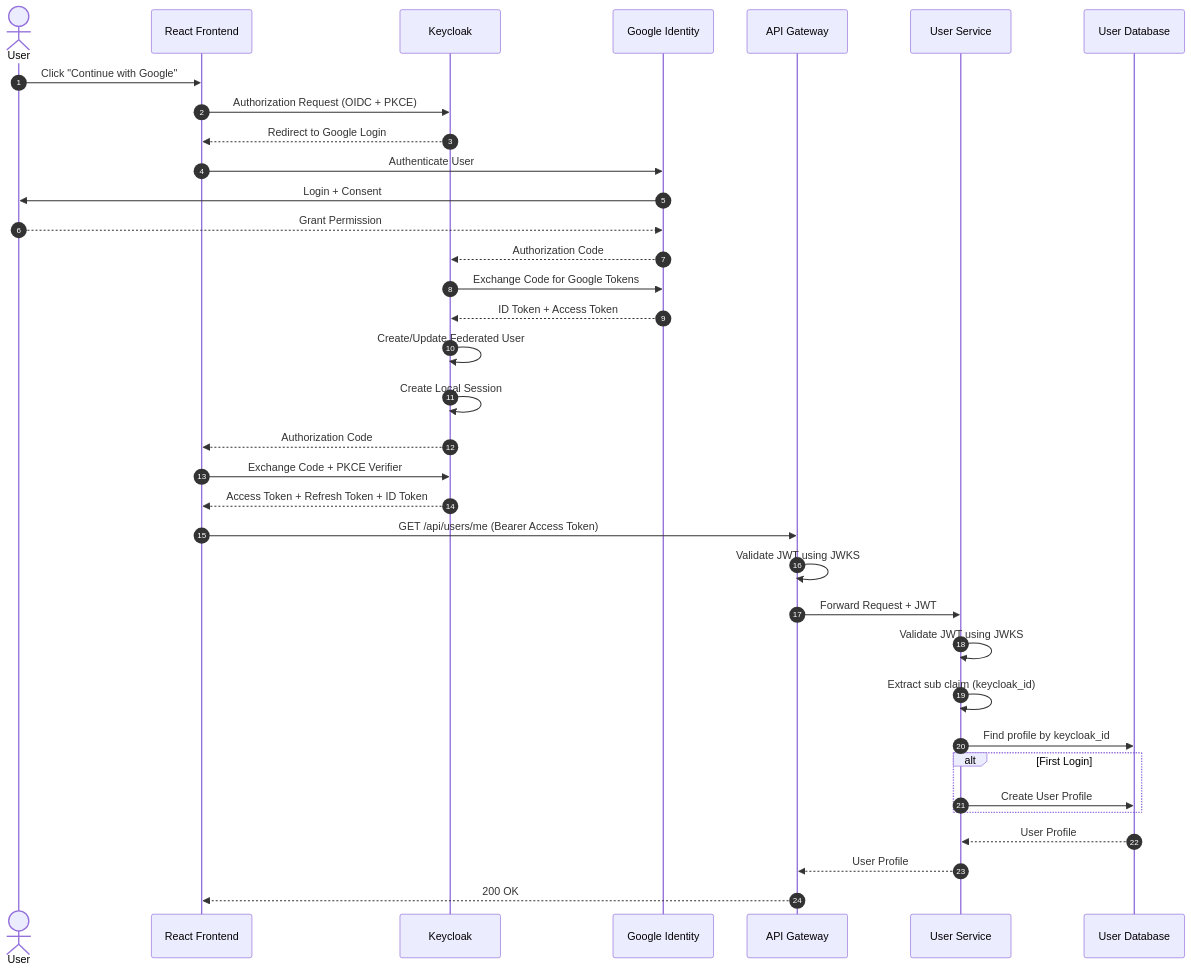
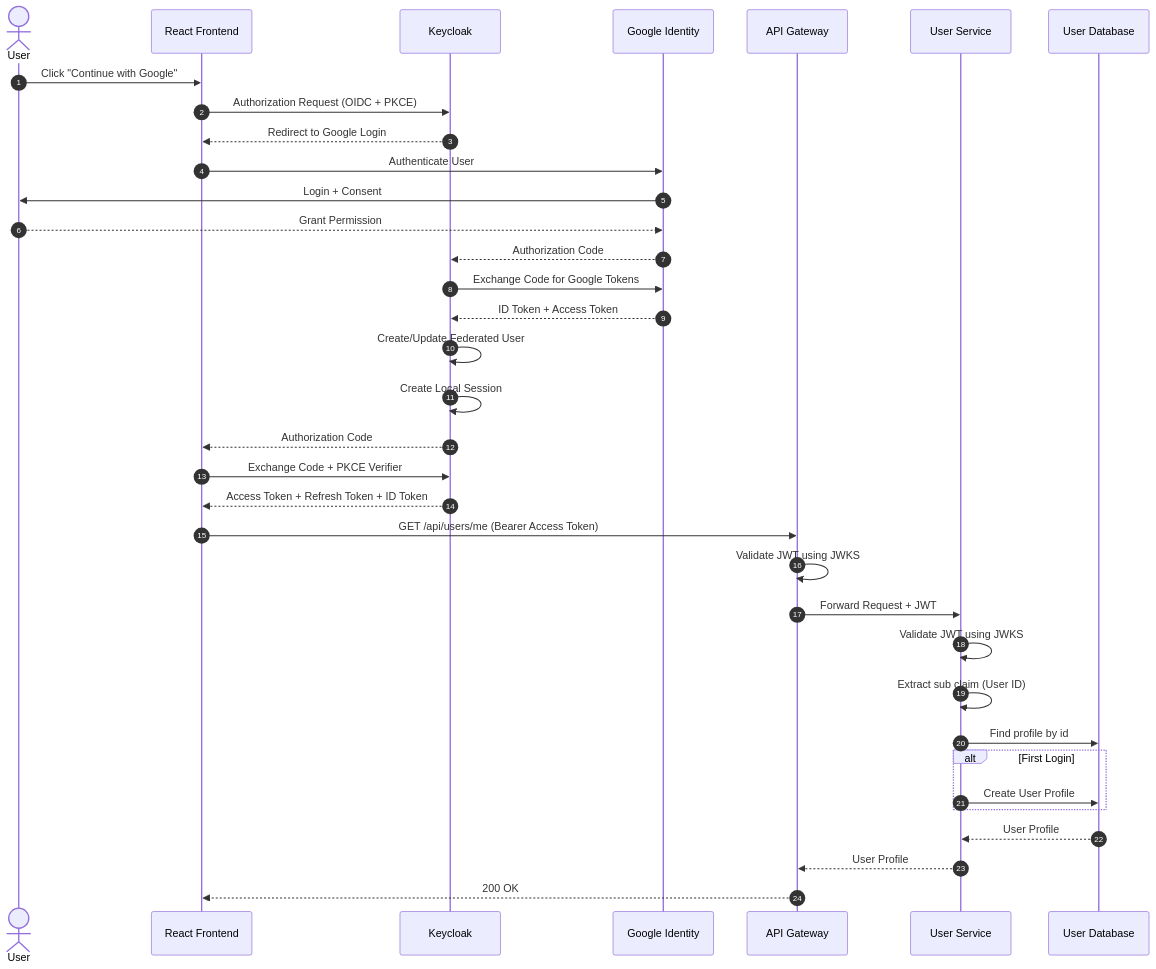
Before and after one commit to dqminh2411/hotel-booking-system: the fourth of 6 diagrams in docs/ad_user_service.md, drawn with Mermaid. The commit also changed other lines of this file and 34 other files, not shown here.

````diff
--- a/docs/ad_user_service.md
+++ b/docs/ad_user_service.md
@@ -229,61 +227,61 @@
 ```mermaid
 sequenceDiagram
     autonumber
 
     actor User
     participant React as React Frontend
     participant KC as Keycloak
     participant Google as Google Identity
     participant Gateway as API Gateway
     participant UserService as User Service
     participant UserDB as User Database
 
     User->>React: Click "Continue with Google"
 
     React->>KC: Authorization Request (OIDC + PKCE)
 
     KC-->>React: Redirect to Google Login
 
     React->>Google: Authenticate User
 
     Google->>User: Login + Consent
 
     User-->>Google: Grant Permission
 
     Google-->>KC: Authorization Code
 
     KC->>Google: Exchange Code for Google Tokens
 
     Google-->>KC: ID Token + Access Token
 
     KC->>KC: Create/Update Federated User
     KC->>KC: Create Local Session
 
     KC-->>React: Authorization Code
 
     React->>KC: Exchange Code + PKCE Verifier
 
     KC-->>React: Access Token + Refresh Token + ID Token
 
     React->>Gateway: GET /api/users/me (Bearer Access Token)
 
     Gateway->>Gateway: Validate JWT using JWKS
 
     Gateway->>UserService: Forward Request + JWT
 
     UserService->>UserService: Validate JWT using JWKS
 
-    UserService->>UserService: Extract sub claim (keycloak_id)
+    UserService->>UserService: Extract sub claim (User ID)
 
-    UserService->>UserDB: Find profile by keycloak_id
+    UserService->>UserDB: Find profile by id
 
     alt First Login
         UserService->>UserDB: Create User Profile
     end
 
     UserDB-->>UserService: User Profile
 
     UserService-->>Gateway: User Profile
 
     Gateway-->>React: 200 OK
 ```
````
